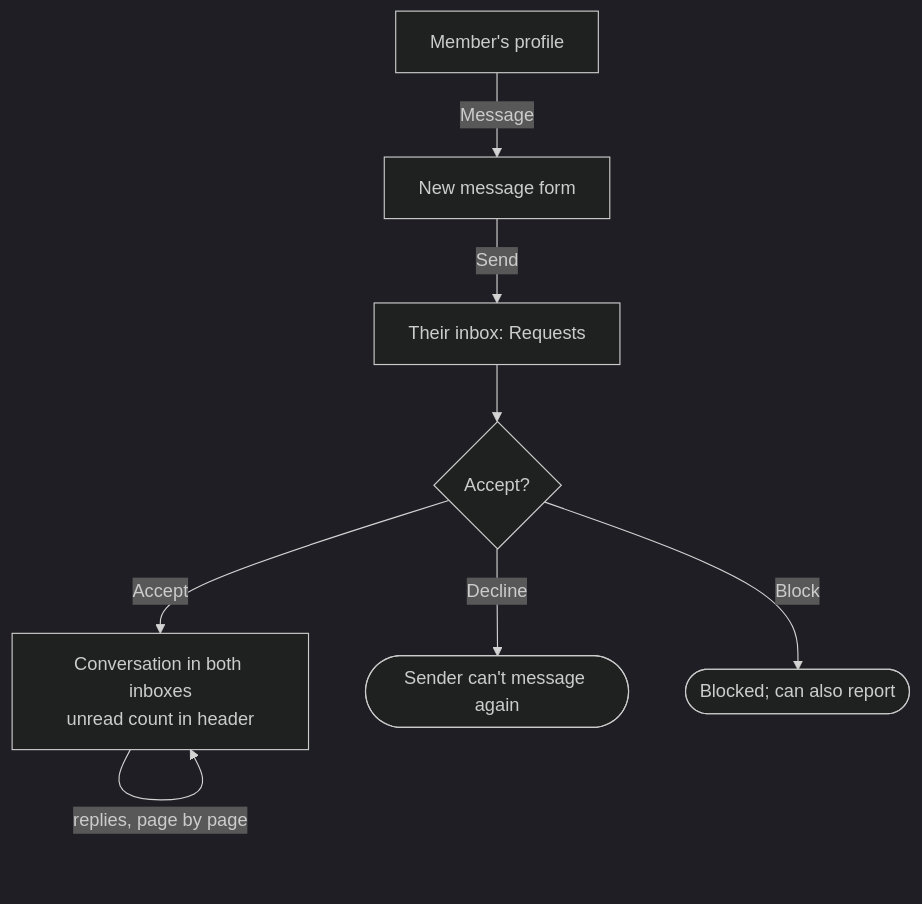
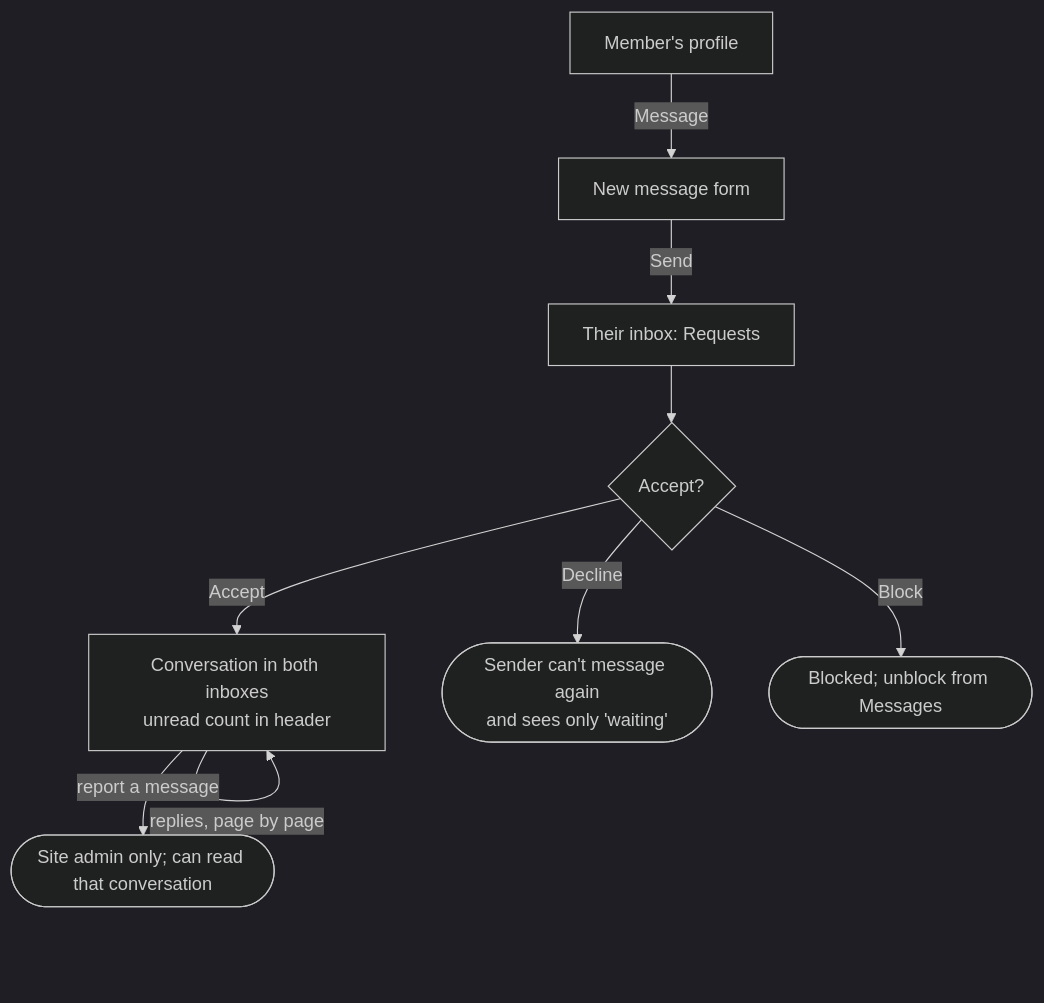
Before and after one commit to sarahrittertech-commits/outdoorscommunityapp: diagram 20 of 32 in docs/user-flows.md, drawn with Mermaid (dark theme). The commit also changed other lines of this file and 11 other files, not shown here.

````diff
--- a/docs/user-flows.md
+++ b/docs/user-flows.md
@@ -281,10 +281,11 @@
 ```mermaid
 flowchart TD
   profile["Member's profile"] -->|Message| first["New message form"]
   first -->|Send| request["Their inbox: Requests"]
   request --> decide{Accept?}
   decide -->|Accept| inbox["Conversation in both inboxes<br/>unread count in header"]
-  decide -->|Decline| declined(["Sender can't message again"])
-  decide -->|Block| blocked(["Blocked; can also report"])
+  decide -->|Decline| declined(["Sender can't message again<br/>and sees only 'waiting'"])
+  decide -->|Block| blocked(["Blocked; unblock from Messages"])
   inbox -->|replies, page by page| inbox
+  inbox -->|report a message| report(["Site admin only; can read that conversation"])
 ```
````
